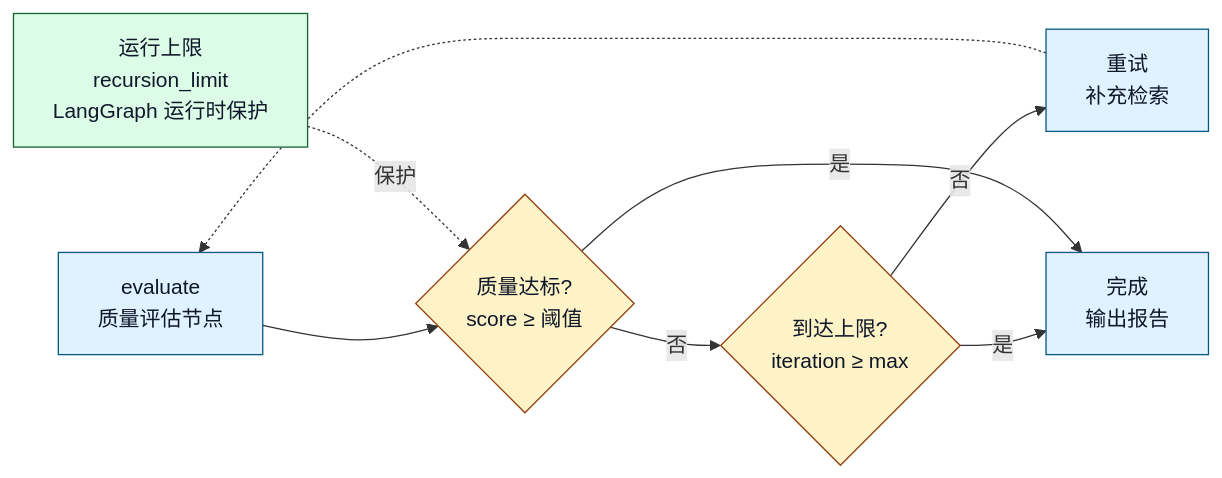
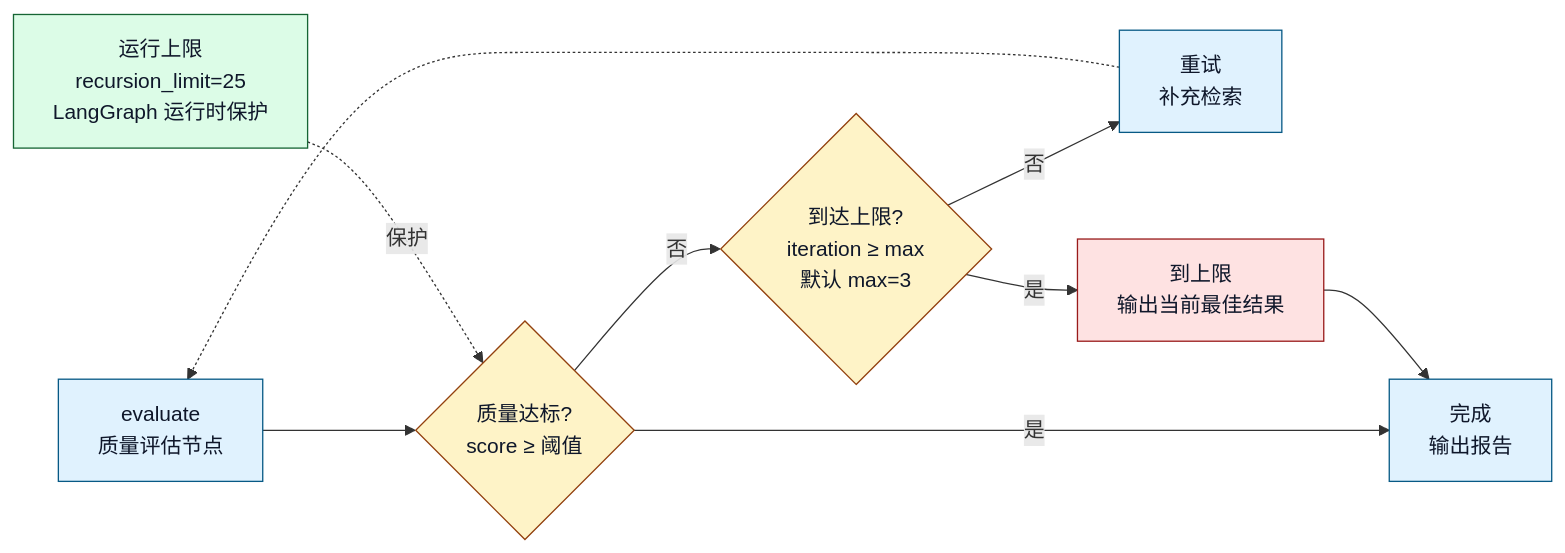
Before and after one commit to sealzrt/2026-08--agent: diagram 11 of 13 in ai-agent学习/06.LangGraph入门/16.LangGraph业务落地项目架构.md, drawn with Mermaid. The commit also changed other lines of this file and 95 other files, not shown here.

````diff
--- a/ai-agent学习/06.LangGraph入门/16.LangGraph业务落地项目架构.md
+++ b/ai-agent学习/06.LangGraph入门/16.LangGraph业务落地项目架构.md
@@ -419,16 +465,19 @@
 ```mermaid
 flowchart LR
     Eval["evaluate<br/>质量评估节点"] --> Q1{"质量达标?<br/>score ≥ 阈值"}
-    Q1 -->|否| Q2{"到达上限?<br/>iteration ≥ max"}
+    Q1 -->|否| Q2{"到达上限?<br/>iteration ≥ max<br/>默认 max=3"}
     Q2 -->|否| Retry["重试<br/>补充检索"]
-    Q2 -->|是| Done["完成<br/>输出报告"]
-    Q1 -->|是| Done
+    Q2 -->|是| BestEffort["到上限<br/>输出当前最佳结果"]
+    Q1 -->|是| Done["完成<br/>输出报告"]
+    BestEffort --> Done
     Retry -.-> Eval
-    Limit["运行上限<br/>recursion_limit<br/>LangGraph 运行时保护"] -.->|保护| Q1
+    Limit["运行上限<br/>recursion_limit=25<br/>LangGraph 运行时保护"] -.->|保护| Q1
     classDef core fill:#e0f2fe,stroke:#075985,color:#0f172a
     classDef biz fill:#fef3c7,stroke:#92400e,color:#0f172a
     classDef cap fill:#dcfce7,stroke:#166534,color:#0f172a
+    classDef warn fill:#fee2e2,stroke:#991b1b,color:#0f172a
     class Eval,Retry,Done core
     class Q1,Q2 biz
     class Limit cap
+    class BestEffort warn
 ```
````
